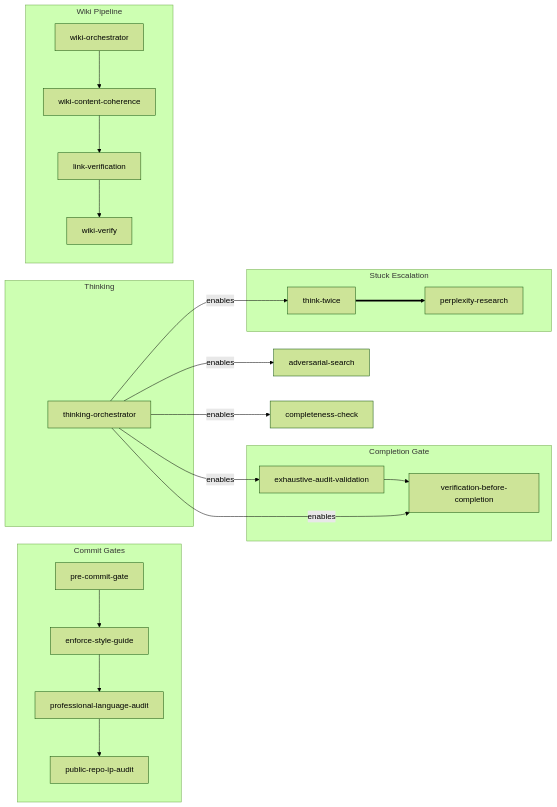
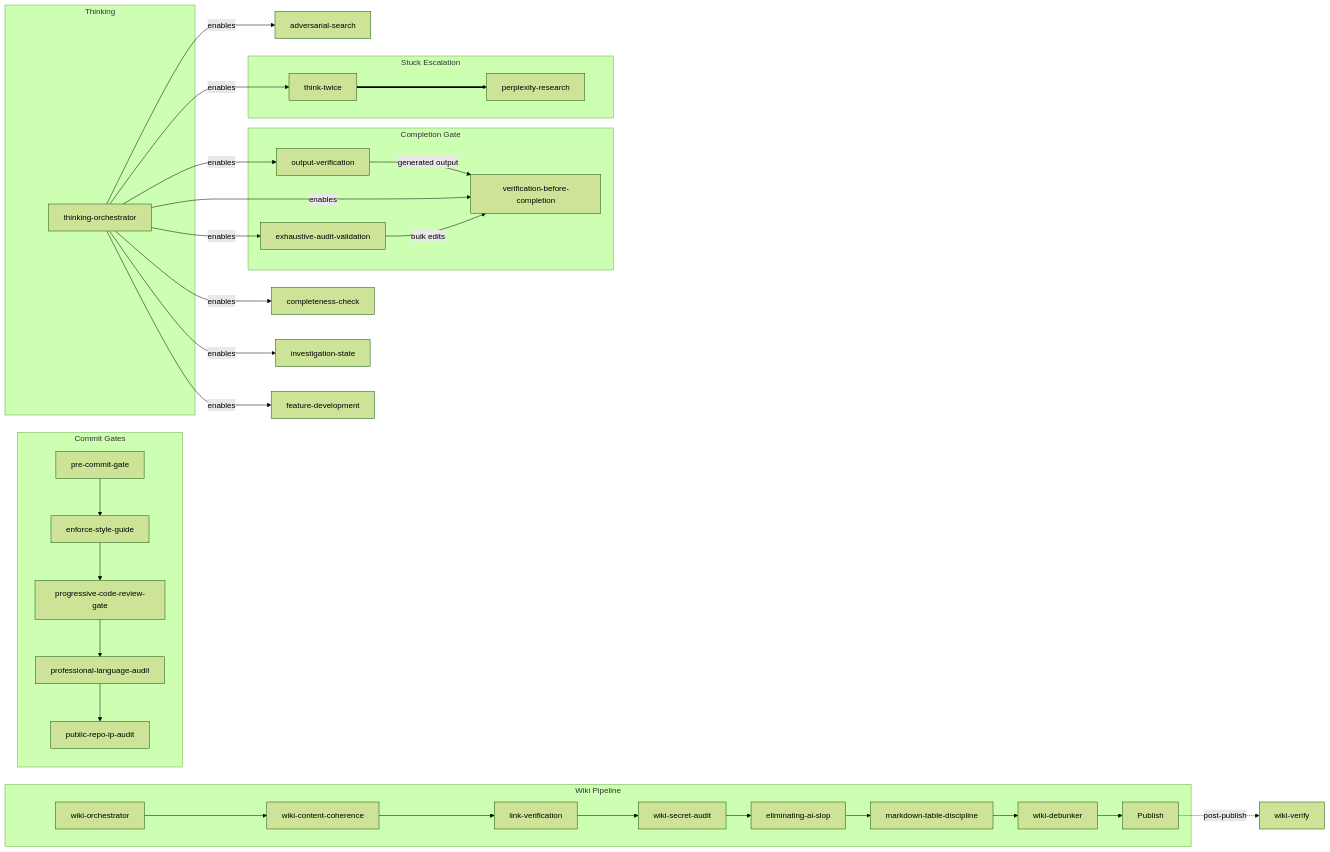
The diagram in README.md (bordenet/superpowers-plus), drawn with Mermaid (forest theme) before and after one commit. The commit also changed other lines of this file and 209 other files, not shown here.

First line of the commit message:
feat: MCP v3.0, code review battery, multi-agent coordination

````diff
--- a/README.md
+++ b/README.md
@@ -184,32 +214,43 @@
 ```mermaid
 graph LR
   subgraph commit-gates["Commit Gates"]
     pre_commit_gate["pre-commit-gate"] --> enforce_style_guide["enforce-style-guide"]
-    enforce_style_guide --> professional_language_audit["professional-language-audit"]
+    enforce_style_guide --> progressive_code_review_gate["progressive-code-review-gate"]
+    progressive_code_review_gate --> professional_language_audit["professional-language-audit"]
     professional_language_audit --> public_repo_ip_audit["public-repo-ip-audit"]
   end
 
   subgraph completion-gate["Completion Gate"]
-    exhaustive_audit_validation["exhaustive-audit-validation"] --> verification_before_completion["verification-before-completion"]
+    output_verification["output-verification"] -->|generated output| verification_before_completion["verification-before-completion"]
+    exhaustive_audit_validation["exhaustive-audit-validation"] -->|bulk edits| verification_before_completion
   end
 
   subgraph thinking["Thinking"]
     thinking_orchestrator["thinking-orchestrator"]
   end
 
   subgraph wiki-pipeline["Wiki Pipeline"]
     wiki_orchestrator["wiki-orchestrator"] --> wiki_content_coherence["wiki-content-coherence"]
     wiki_content_coherence --> link_verification["link-verification"]
-    link_verification --> wiki_verify["wiki-verify"]
+    link_verification --> wiki_secret_audit["wiki-secret-audit"]
+    wiki_secret_audit --> eliminating_ai_slop["eliminating-ai-slop"]
+    eliminating_ai_slop --> markdown_table_discipline["markdown-table-discipline"]
+    markdown_table_discipline --> wiki_debunker["wiki-debunker"]
+    wiki_debunker --> publish["Publish"]
   end
+
+  publish -.->|post-publish| wiki_verify["wiki-verify"]
 
   subgraph stuck-escalation["Stuck Escalation"]
     think_twice["think-twice"] ==> perplexity_research["perplexity-research"]
   end
 
   thinking_orchestrator -->|enables| adversarial_search["adversarial-search"]
   thinking_orchestrator -->|enables| think_twice
+  thinking_orchestrator -->|enables| output_verification
   thinking_orchestrator -->|enables| verification_before_completion
   thinking_orchestrator -->|enables| exhaustive_audit_validation
   thinking_orchestrator -->|enables| completeness_check["completeness-check"]
+  thinking_orchestrator -->|enables| investigation_state["investigation-state"]
+  thinking_orchestrator -->|enables| feature_development["feature-development"]
 ```
````
